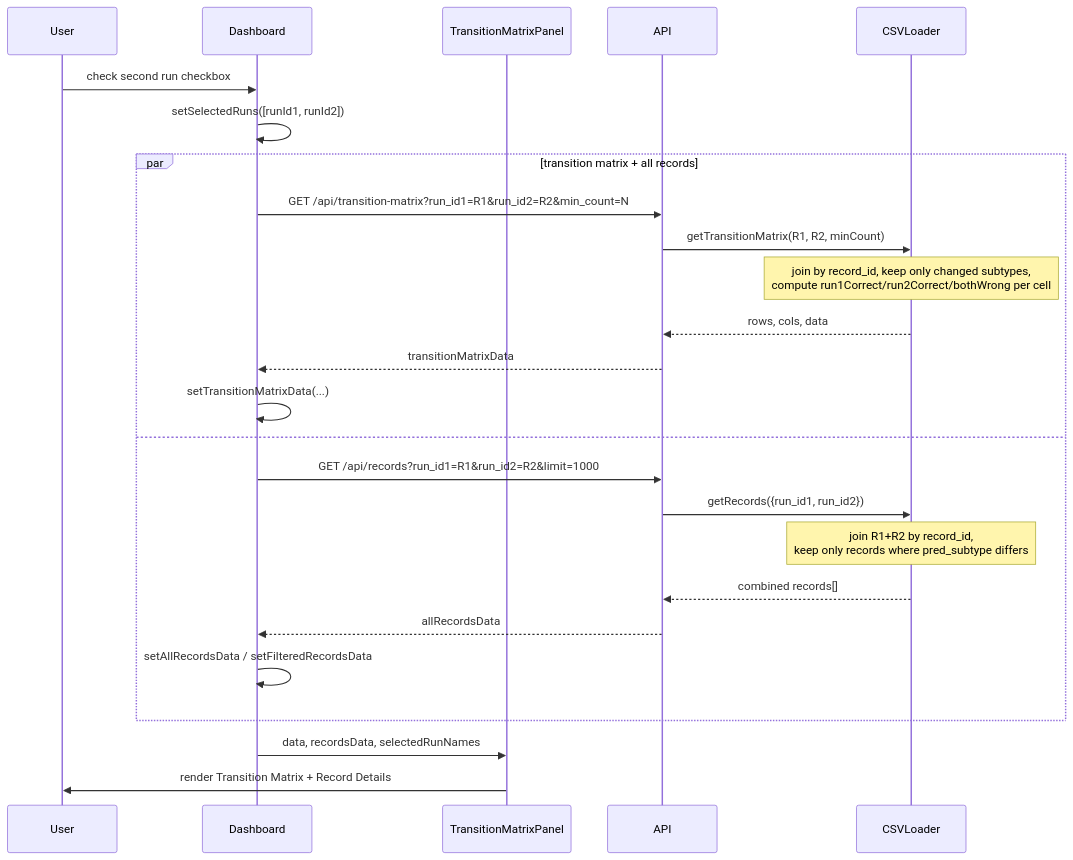
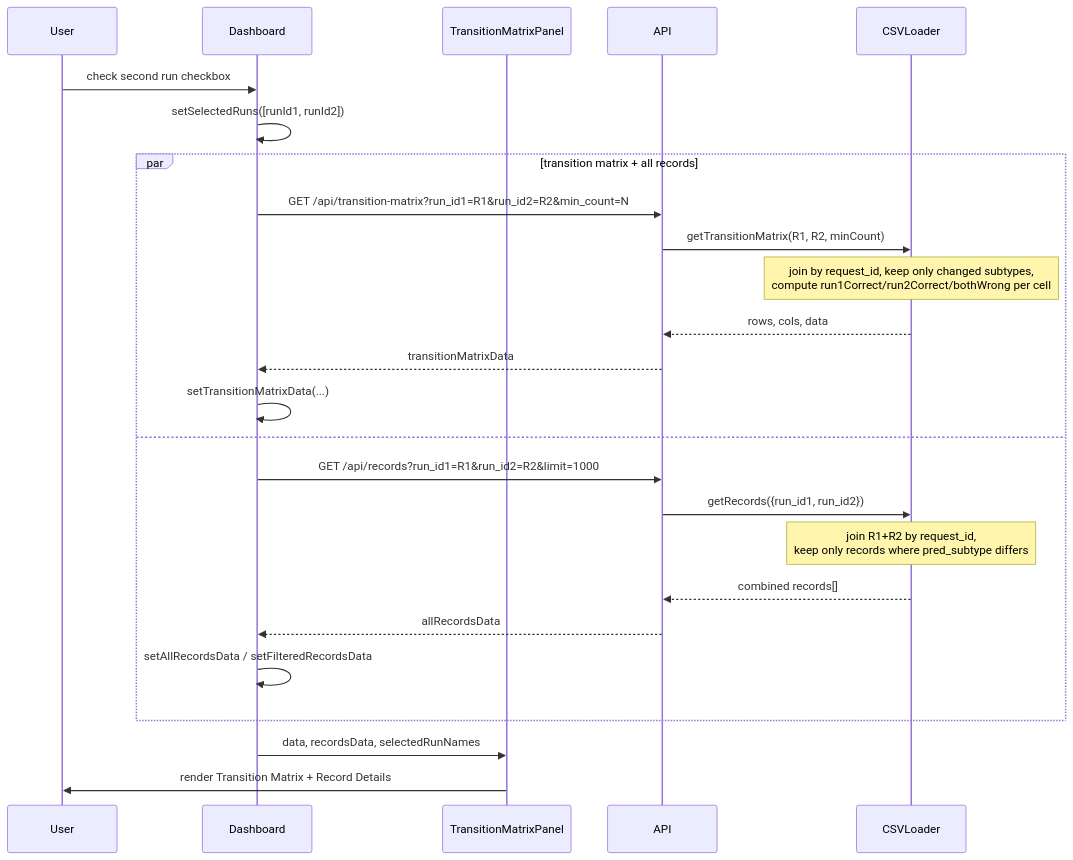
The fourth of 7 diagrams in flow.md (wzender/magellan), drawn with Mermaid before and after one commit. The commit also changed 35 other files, not shown here.

First line of the commit message:
Refactor record_id to request_id across the application

````diff
--- a/flow.md
+++ b/flow.md
@@ -145,31 +145,31 @@
 ```mermaid
 sequenceDiagram
     participant User
     participant Dashboard
     participant TransitionMatrixPanel
     participant API
     participant CSVLoader
 
     User->>Dashboard: check second run checkbox
     Dashboard->>Dashboard: setSelectedRuns([runId1, runId2])
 
     par transition matrix + all records
         Dashboard->>API: GET /api/transition-matrix?run_id1=R1&run_id2=R2&min_count=N
         API->>CSVLoader: getTransitionMatrix(R1, R2, minCount)
-        Note over CSVLoader: join by record_id, keep only changed subtypes,<br/>compute run1Correct/run2Correct/bothWrong per cell
+        Note over CSVLoader: join by request_id, keep only changed subtypes,<br/>compute run1Correct/run2Correct/bothWrong per cell
         CSVLoader-->>API: rows, cols, data
         API-->>Dashboard: transitionMatrixData
         Dashboard->>Dashboard: setTransitionMatrixData(...)
 
     and
         Dashboard->>API: GET /api/records?run_id1=R1&run_id2=R2&limit=1000
         API->>CSVLoader: getRecords({run_id1, run_id2})
-        Note over CSVLoader: join R1+R2 by record_id,<br/>keep only records where pred_subtype differs
+        Note over CSVLoader: join R1+R2 by request_id,<br/>keep only records where pred_subtype differs
         CSVLoader-->>API: combined records[]
         API-->>Dashboard: allRecordsData
         Dashboard->>Dashboard: setAllRecordsData / setFilteredRecordsData
     end
 
     Dashboard->>TransitionMatrixPanel: data, recordsData, selectedRunNames
     TransitionMatrixPanel->>User: render Transition Matrix + Record Details
 ```
````
